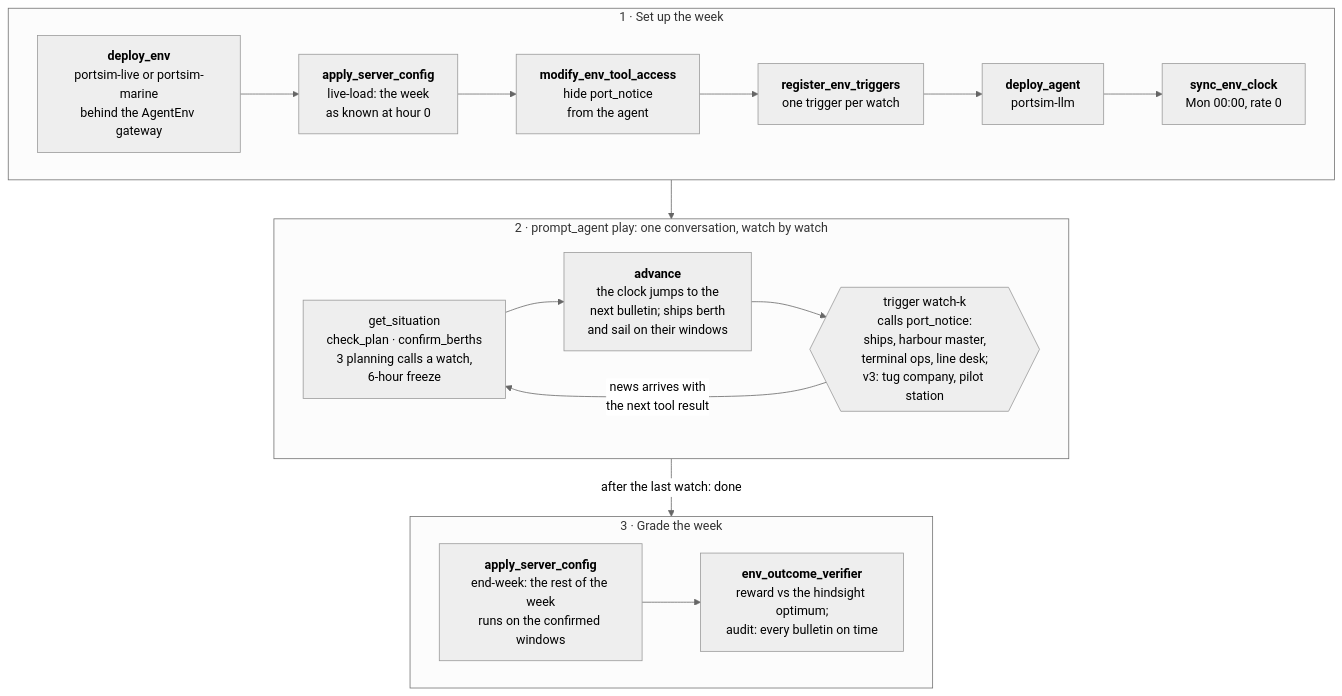
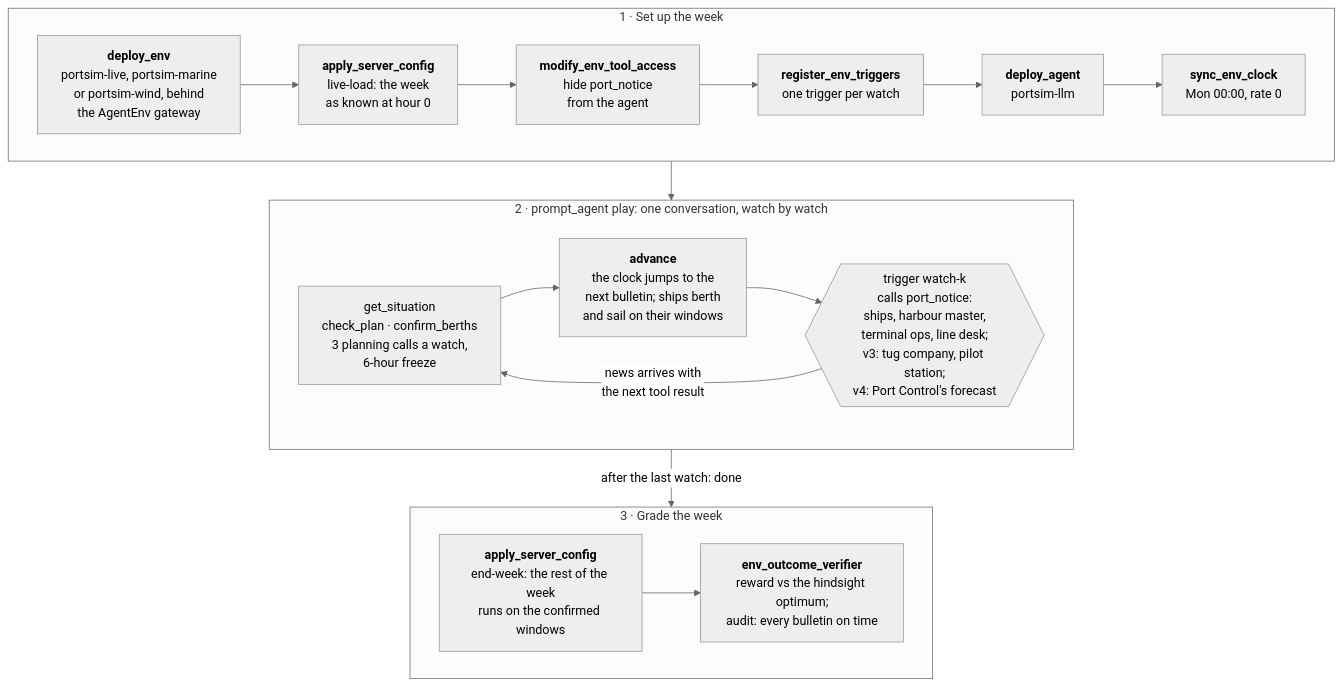
The diagram in README.md (earakely-scale/agentenv-portsim-plugin), drawn with Mermaid (neutral theme) before and after one commit. The commit also changed other lines of this file and 56 other files, not shown here.

First line of the commit message:
feat: real Barcelona wind and forecasts in the live port (#22)

````diff
--- a/README.md
+++ b/README.md
@@ -17,16 +17,16 @@
 ```mermaid
 flowchart TD
   subgraph setup["1 · Set up the week"]
     direction LR
-    deploy["<b>deploy_env</b><br/>portsim-live or portsim-marine<br/>behind the AgentEnv gateway"] --> load["<b>apply_server_config</b><br/>live-load: the week<br/>as known at hour 0"] --> hide["<b>modify_env_tool_access</b><br/>hide port_notice<br/>from the agent"] --> watches["<b>register_env_triggers</b><br/>one trigger per watch"] --> agent["<b>deploy_agent</b><br/>portsim-llm"] --> clock["<b>sync_env_clock</b><br/>Mon 00:00, rate 0"]
+    deploy["<b>deploy_env</b><br/>portsim-live, portsim-marine<br/>or portsim-wind, behind<br/>the AgentEnv gateway"] --> load["<b>apply_server_config</b><br/>live-load: the week<br/>as known at hour 0"] --> hide["<b>modify_env_tool_access</b><br/>hide port_notice<br/>from the agent"] --> watches["<b>register_env_triggers</b><br/>one trigger per watch"] --> agent["<b>deploy_agent</b><br/>portsim-llm"] --> clock["<b>sync_env_clock</b><br/>Mon 00:00, rate 0"]
   end
   subgraph play["2 · prompt_agent play: one conversation, watch by watch"]
     direction LR
-    plan["get_situation<br/>check_plan · confirm_berths<br/>3 planning calls a watch,<br/>6-hour freeze"] --> advance["<b>advance</b><br/>the clock jumps to the<br/>next bulletin; ships berth<br/>and sail on their windows"] --> trigger{{"trigger watch-k<br/>calls port_notice:<br/>ships, harbour master,<br/>terminal ops, line desk;<br/>v3: tug company, pilot station"}} -->|"news arrives with<br/>the next tool result"| plan
+    plan["get_situation<br/>check_plan · confirm_berths<br/>3 planning calls a watch,<br/>6-hour freeze"] --> advance["<b>advance</b><br/>the clock jumps to the<br/>next bulletin; ships berth<br/>and sail on their windows"] --> trigger{{"trigger watch-k<br/>calls port_notice:<br/>ships, harbour master,<br/>terminal ops, line desk;<br/>v3: tug company, pilot station;<br/>v4: Port Control's forecast"}} -->|"news arrives with<br/>the next tool result"| plan
   end
   subgraph finish["3 · Grade the week"]
     direction LR
     endweek["<b>apply_server_config</b><br/>end-week: the rest of the week<br/>runs on the confirmed windows"] --> grade["<b>env_outcome_verifier</b><br/>reward vs the hindsight optimum;<br/>audit: every bulletin on time"]
   end
   setup --> play -->|"after the last watch: done"| finish
 ```
````
